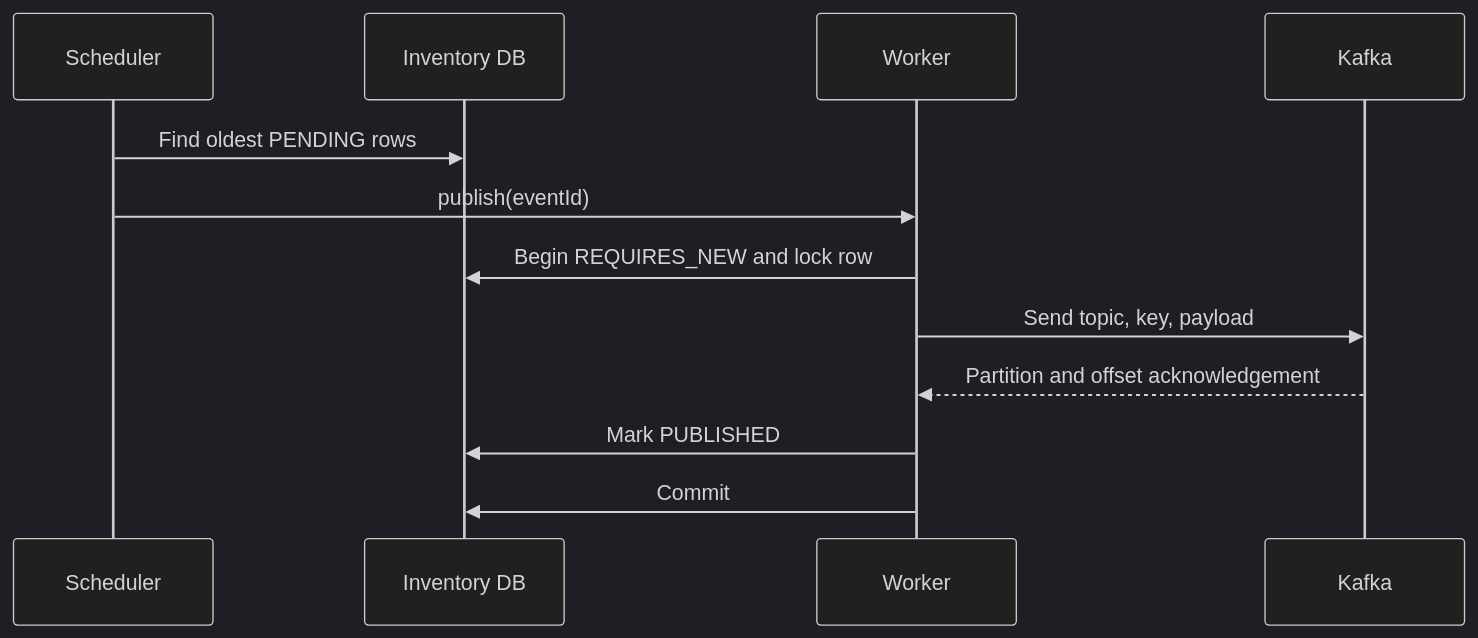
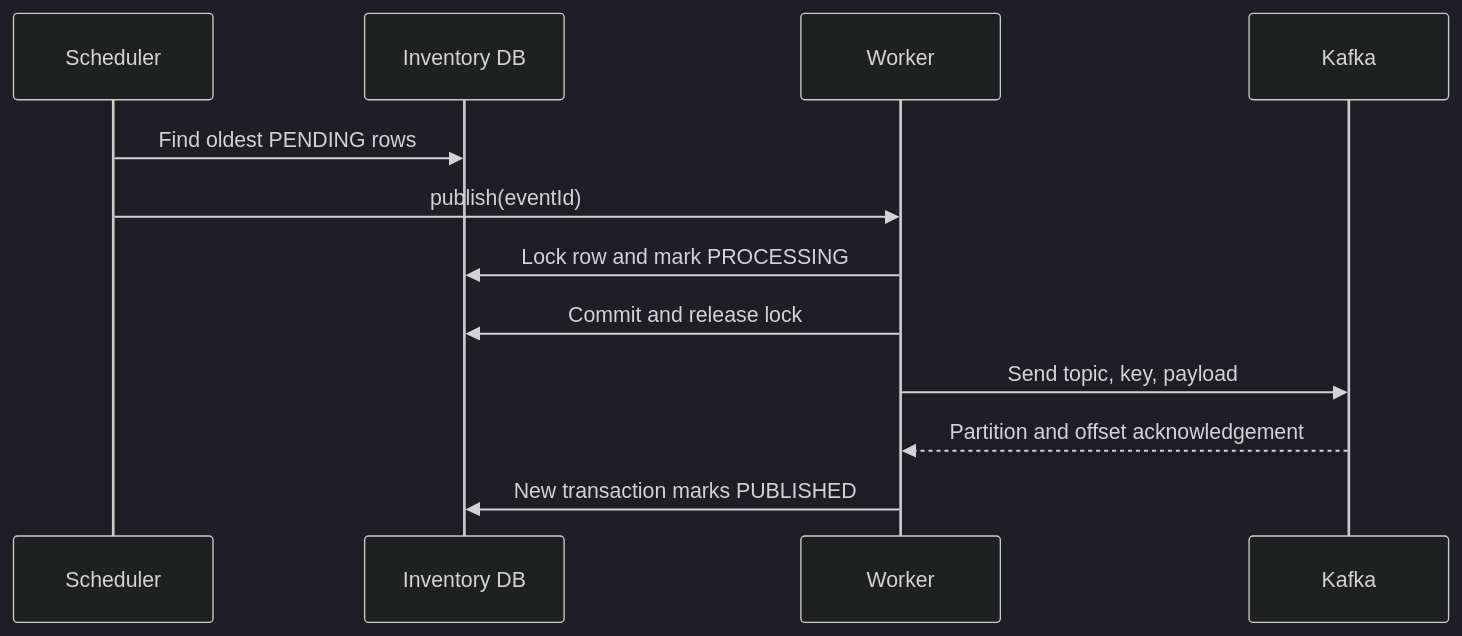
Before and after one commit to taukhir/shopverse: the second of 2 diagrams in docs/reliability/SAGA-OUTBOX.md, drawn with Mermaid (dark theme). The commit also changed other lines of this file and 84 other files, not shown here.

Commit message:
Document lock contention fixes and verification flow

````diff
--- a/docs/reliability/SAGA-OUTBOX.md
+++ b/docs/reliability/SAGA-OUTBOX.md
@@ -169,15 +183,15 @@
 ```mermaid
 sequenceDiagram
     participant Scheduler
     participant DB as Inventory DB
     participant Worker
     participant Kafka
 
     Scheduler->>DB: Find oldest PENDING rows
     Scheduler->>Worker: publish(eventId)
-    Worker->>DB: Begin REQUIRES_NEW and lock row
+    Worker->>DB: Lock row and mark PROCESSING
+    Worker->>DB: Commit and release lock
     Worker->>Kafka: Send topic, key, payload
     Kafka-->>Worker: Partition and offset acknowledgement
-    Worker->>DB: Mark PUBLISHED
-    Worker->>DB: Commit
+    Worker->>DB: New transaction marks PUBLISHED
 ```
````
